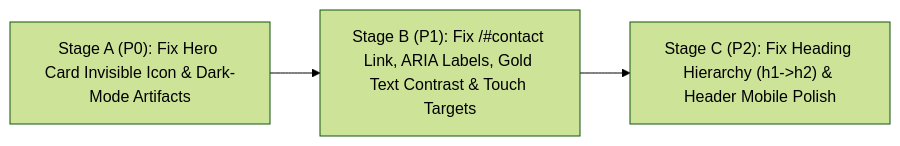
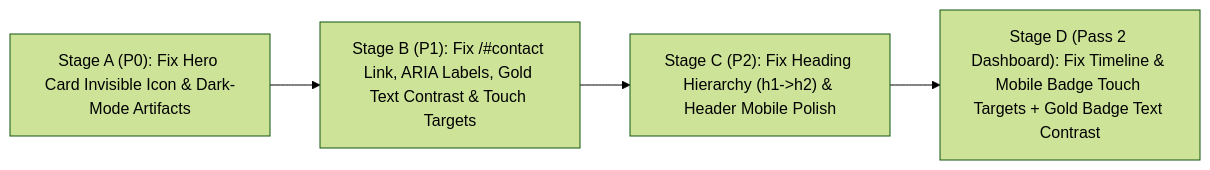
The second of 2 diagrams in ui-ux-audit-report.md (jacxishipping/jacxishipping), drawn with Mermaid (forest theme) before and after one commit. The commit also changed other lines of this file and 4 other files, not shown here.

````diff
--- a/ui-ux-audit-report.md
+++ b/ui-ux-audit-report.md
@@ -113,5 +113,6 @@
 ```mermaid
 flowchart LR
     A["Stage A (P0): Fix Hero Card Invisible Icon & Dark-Mode Artifacts"] --> B["Stage B (P1): Fix /#contact Link, ARIA Labels, Gold Text Contrast & Touch Targets"]
     B --> C["Stage C (P2): Fix Heading Hierarchy (h1->h2) & Header Mobile Polish"]
+    C --> D["Stage D (Pass 2 Dashboard): Fix Timeline & Mobile Badge Touch Targets + Gold Badge Text Contrast"]
 ```
````
